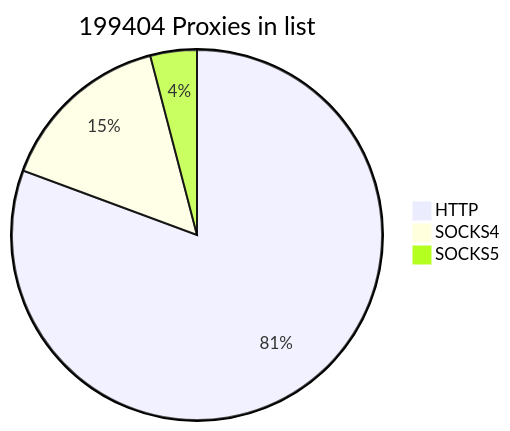
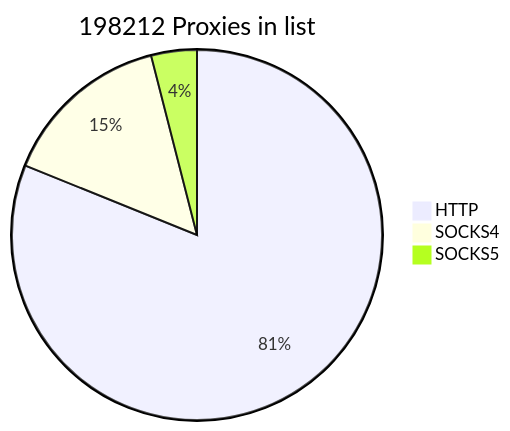
Before and after one commit to cutipu/proxylist: the first of 2 diagrams in README.md, drawn with Mermaid. The commit also changed other lines of this file, not shown here.

````diff
--- a/README.md
+++ b/README.md
@@ -2,7 +2,7 @@
 ```mermaid
-pie title 199404 Proxies in list
-    "HTTP" : 160810
-    "SOCKS4" : 30498
-    "SOCKS5" : 8096
+pie title 198212 Proxies in list
+    "HTTP" : 160785
+    "SOCKS4" : 29523
+    "SOCKS5" : 7904
             
 ```
````
